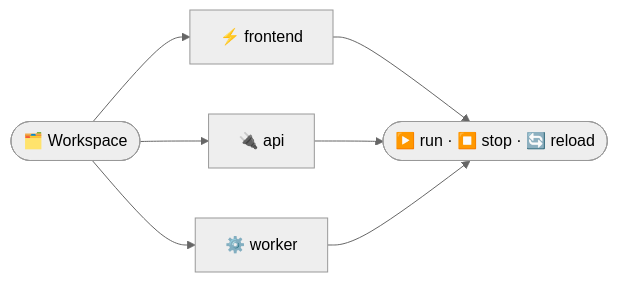
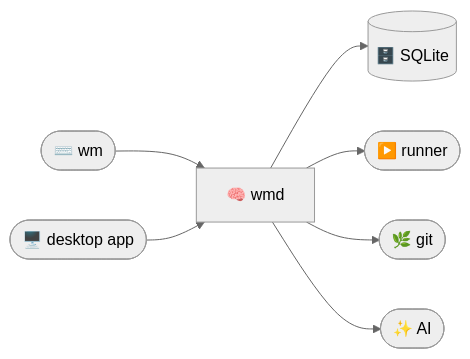
Before and after one commit to aliharakeh/workspace-manager: the diagram in README.md, drawn with Mermaid (neutral theme). The commit also changed other lines of this file, not shown here.

Commit message:
docs: describe the server, the CLI and the new layout

````diff
--- a/README.md
+++ b/README.md
@@ -25,9 +23,9 @@
 ```mermaid
 flowchart LR
-    W(["🗂️ Workspace"]) --> A["⚡ frontend"]
-    W --> B["🔌 api"]
-    W --> C["⚙️ worker"]
-    A --> R(["▶️ run · ⏹️ stop · 🔄 reload"])
-    B --> R
-    C --> R
+    CLI(["⌨️ wm"]) --> S["🧠 wmd"]
+    GUI(["🖥️ desktop app"]) --> S
+    S --> DB[("🗄️ SQLite")]
+    S --> R(["▶️ runner"])
+    S --> G(["🌿 git"])
+    S --> A(["✨ AI"])
 ```
````
